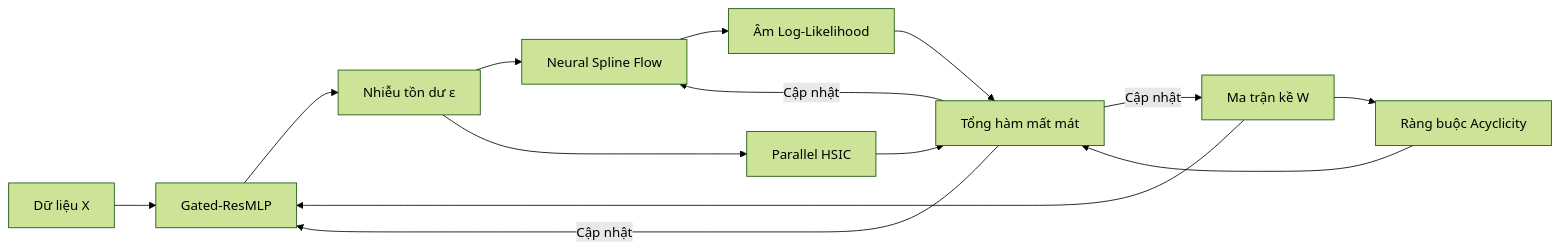
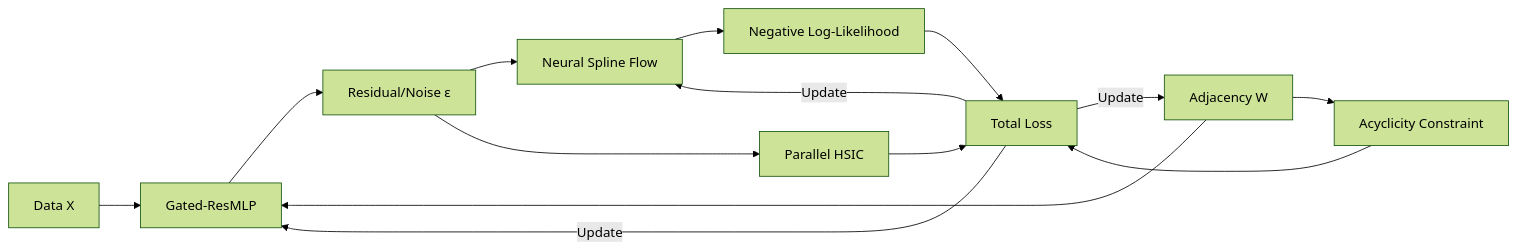
The diagram in README.md (manhthai1706/CausalFlowNet), drawn with Mermaid (forest theme) before and after one commit. The commit also changed other lines of this file, not shown here.

Commit message:
Convert README.md to be entirely in English and update Mermaid labels

````diff
--- a/README.md
+++ b/README.md
@@ -24,13 +27,13 @@
 ```mermaid
 graph LR
-    X[Dữ liệu X] --> MLP[Gated-ResMLP]
-    W[Ma trận kề W] --> MLP
-    MLP --> Eps[Nhiễu tồn dư ε]
+    X[Data X] --> MLP[Gated-ResMLP]
+    W[Adjacency W] --> MLP
+    MLP --> Eps[Residual/Noise ε]
     Eps --> NSF[Neural Spline Flow]
     Eps --> HSIC[Parallel HSIC]
-    NSF --> NLL[Âm Log-Likelihood]
-    W --> DAG[Ràng buộc Acyclicity]
+    NSF --> NLL[Negative Log-Likelihood]
+    W --> DAG[Acyclicity Constraint]
     
-    NLL & HSIC & DAG --> Loss[Tổng hàm mất mát]
-    Loss -->|Cập nhật| W & MLP & NSF
+    NLL & HSIC & DAG --> Loss[Total Loss]
+    Loss -->|Update| W & MLP & NSF
 ```
````
